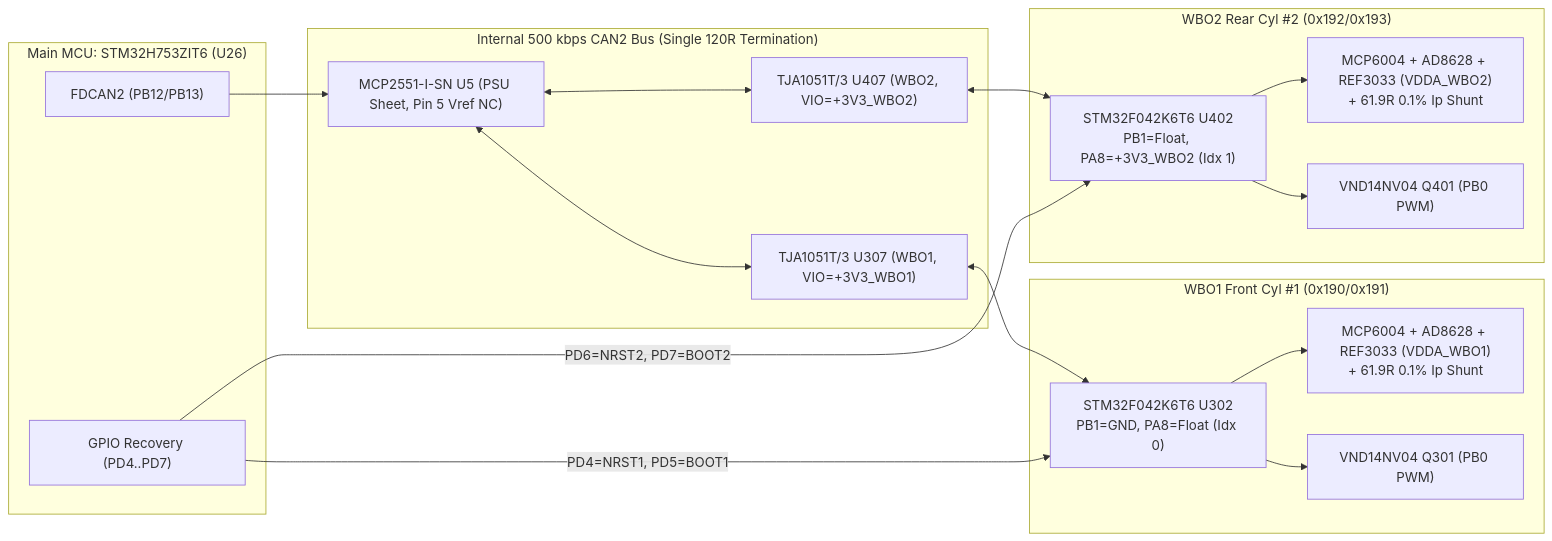
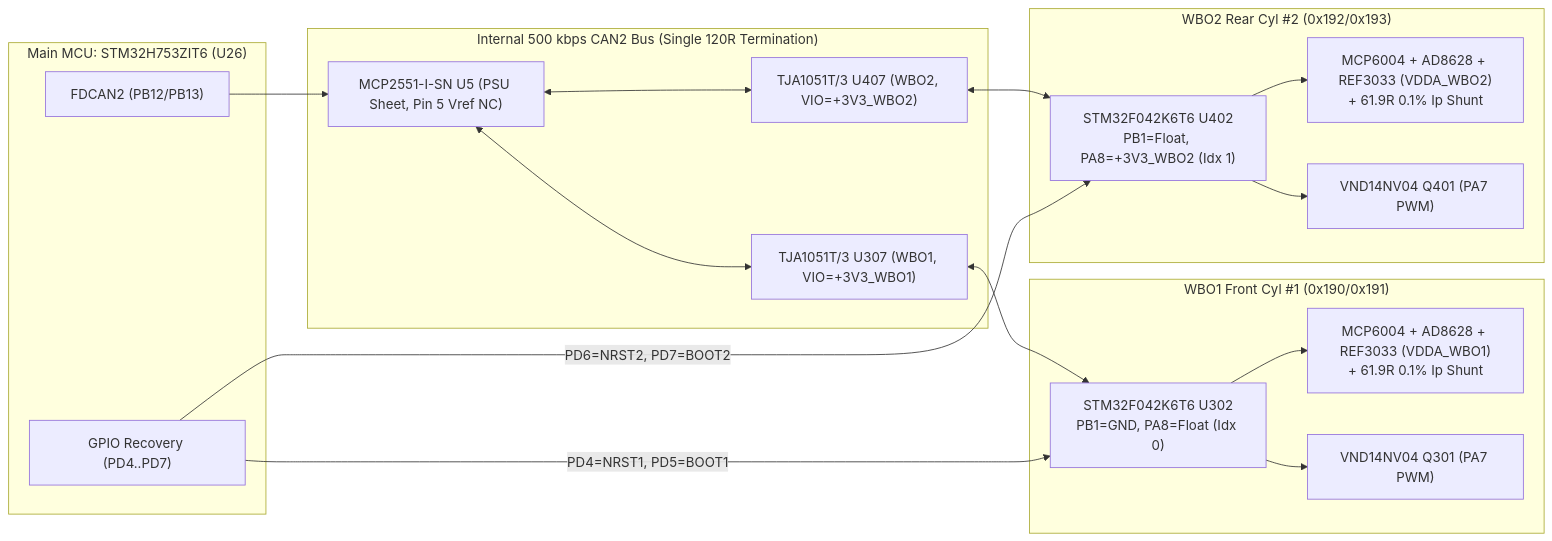
Before and after one commit to halbritt/fome-mc: the diagram in docs/DESIGN.md, drawn with Mermaid. The commit also changed other lines of this file and 41 other files, not shown here.

````diff
--- a/docs/DESIGN.md
+++ b/docs/DESIGN.md
@@ -123,37 +124,37 @@
 ```mermaid
 flowchart LR
   subgraph H7["Main MCU: STM32H753ZIT6 (U26)"]
     CAN2_H7["FDCAN2 (PB12/PB13)"]
     WBO_CTRL["GPIO Recovery (PD4..PD7)"]
   end
 
   subgraph BUS["Internal 500 kbps CAN2 Bus (Single 120R Termination)"]
     TJA_H7["MCP2551-I-SN U5 (PSU Sheet, Pin 5 Vref NC)"]
     TJA_WB1["TJA1051T/3 U307 (WBO1, VIO=+3V3_WBO1)"]
     TJA_WB2["TJA1051T/3 U407 (WBO2, VIO=+3V3_WBO2)"]
   end
 
   subgraph WBO1["WBO1 Front Cyl #1 (0x190/0x191)"]
     F0_1["STM32F042K6T6 U302\nPB1=GND, PA8=Float (Idx 0)"]
     AFE_1["MCP6004 + AD8628 + REF3033 (VDDA_WBO1)\n+ 61.9R 0.1% Ip Shunt"]
-    HTR_1["VND14NV04 Q301 (PB0 PWM)"]
+    HTR_1["VND14NV04 Q301 (PA7 PWM)"]
   end
 
   subgraph WBO2["WBO2 Rear Cyl #2 (0x192/0x193)"]
     F0_2["STM32F042K6T6 U402\nPB1=Float, PA8=+3V3_WBO2 (Idx 1)"]
     AFE_2["MCP6004 + AD8628 + REF3033 (VDDA_WBO2)\n+ 61.9R 0.1% Ip Shunt"]
-    HTR_2["VND14NV04 Q401 (PB0 PWM)"]
+    HTR_2["VND14NV04 Q401 (PA7 PWM)"]
   end
 
   CAN2_H7 --> TJA_H7
   TJA_H7 <--> TJA_WB1
   TJA_H7 <--> TJA_WB2
   TJA_WB1 <--> F0_1
   TJA_WB2 <--> F0_2
   WBO_CTRL -->|"PD4=NRST1, PD5=BOOT1"| F0_1
   WBO_CTRL -->|"PD6=NRST2, PD7=BOOT2"| F0_2
   F0_1 --> AFE_1
   F0_1 --> HTR_1
   F0_2 --> AFE_2
   F0_2 --> HTR_2
 ```
````
